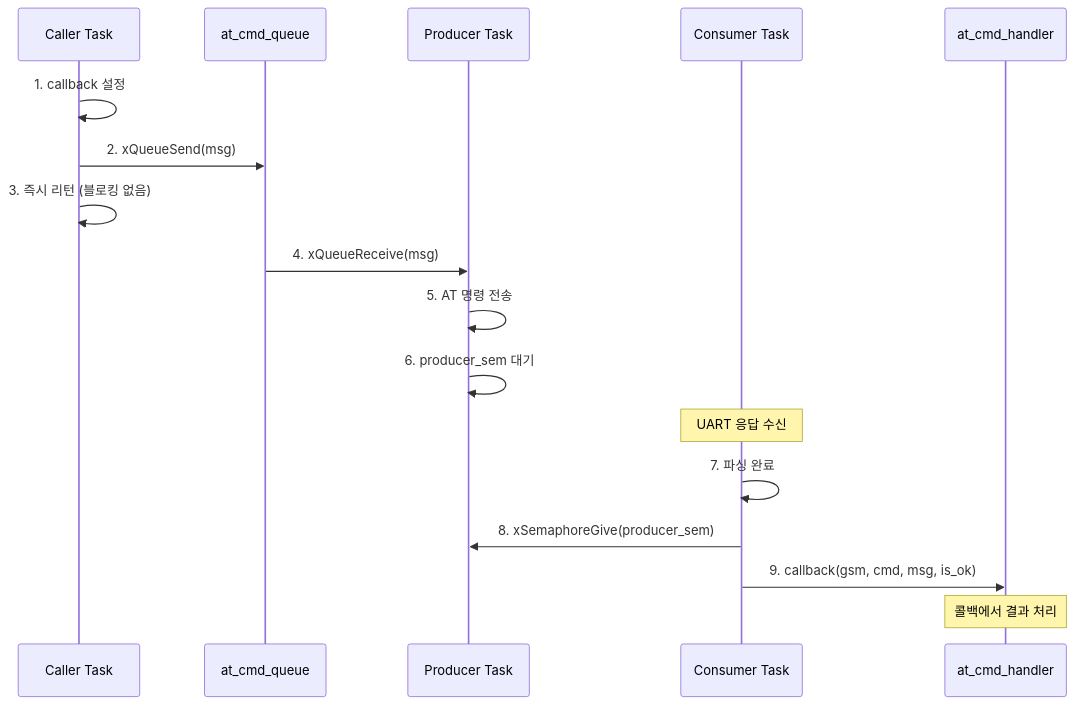
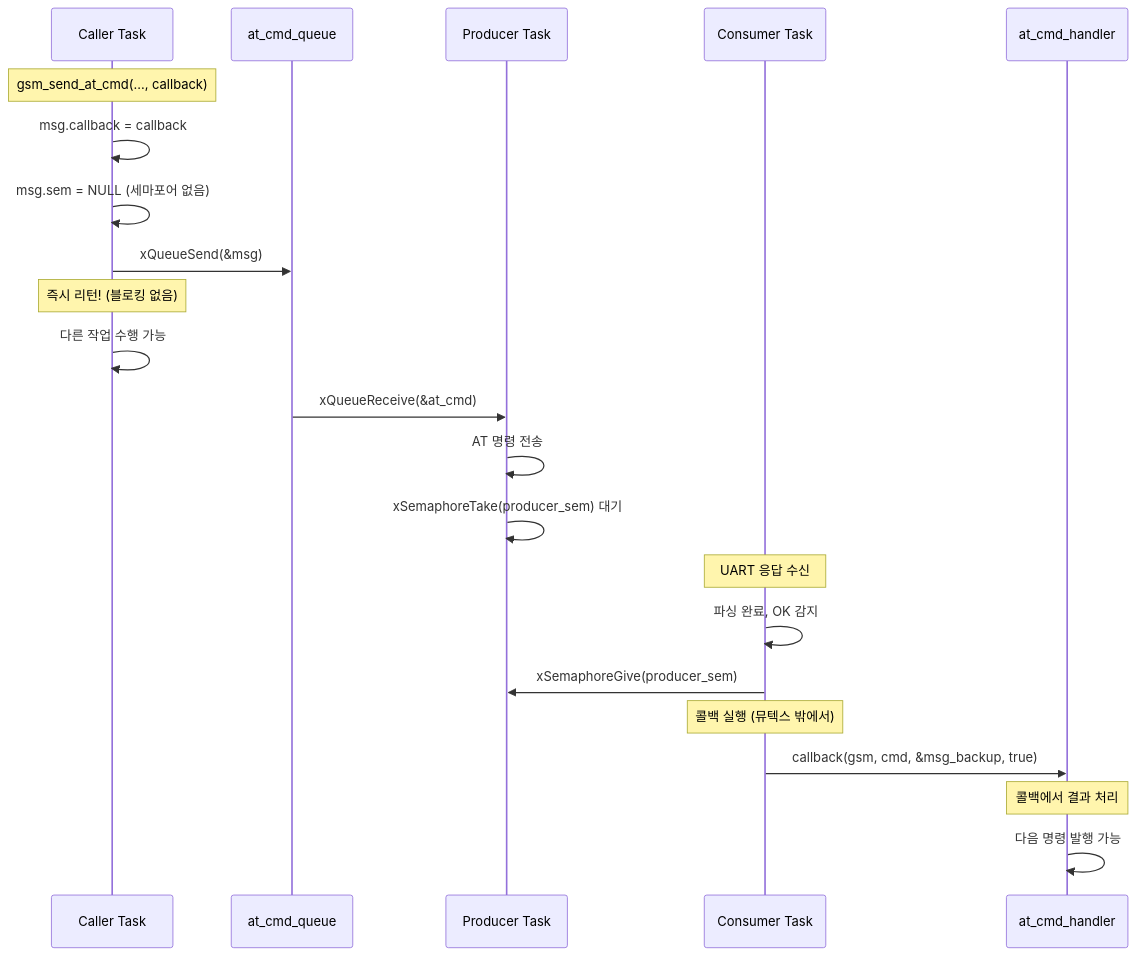
Before and after one commit to mj-kang-iotiz/my_test: the fourth of 12 diagrams in docs/GSM_LIBRARY.md, drawn with Mermaid. The commit also changed other lines of this file and 2 other files, not shown here.

First line of the commit message:
docs: GPS, GSM, LED 라이브러리 기술 문서 대폭 보강

````diff
--- a/docs/GSM_LIBRARY.md
+++ b/docs/GSM_LIBRARY.md
@@ -292,24 +307,32 @@
 ```mermaid
 sequenceDiagram
     participant CALLER as Caller Task
     participant QUEUE as at_cmd_queue
     participant PRODUCER as Producer Task
     participant CONSUMER as Consumer Task
     participant CALLBACK as at_cmd_handler
 
-    CALLER->>CALLER: 1. callback 설정
-    CALLER->>QUEUE: 2. xQueueSend(msg)
-    CALLER->>CALLER: 3. 즉시 리턴 (블로킹 없음)
+    Note over CALLER: gsm_send_at_cmd(..., callback)
 
-    QUEUE->>PRODUCER: 4. xQueueReceive(msg)
-    PRODUCER->>PRODUCER: 5. AT 명령 전송
-    PRODUCER->>PRODUCER: 6. producer_sem 대기
+    CALLER->>CALLER: msg.callback = callback
+    CALLER->>CALLER: msg.sem = NULL (세마포어 없음)
+    CALLER->>QUEUE: xQueueSend(&msg)
+
+    Note over CALLER: 즉시 리턴! (블로킹 없음)
+    CALLER->>CALLER: 다른 작업 수행 가능
+
+    QUEUE->>PRODUCER: xQueueReceive(&at_cmd)
+    PRODUCER->>PRODUCER: AT 명령 전송
+    PRODUCER->>PRODUCER: xSemaphoreTake(producer_sem) 대기
 
     Note over CONSUMER: UART 응답 수신
 
-    CONSUMER->>CONSUMER: 7. 파싱 완료
-    CONSUMER->>PRODUCER: 8. xSemaphoreGive(producer_sem)
-    CONSUMER->>CALLBACK: 9. callback(gsm, cmd, msg, is_ok)
+    CONSUMER->>CONSUMER: 파싱 완료, OK 감지
+    CONSUMER->>PRODUCER: xSemaphoreGive(producer_sem)
+
+    Note over CONSUMER: 콜백 실행 (뮤텍스 밖에서)
+    CONSUMER->>CALLBACK: callback(gsm, cmd, &msg_backup, true)
 
     Note over CALLBACK: 콜백에서 결과 처리
+    CALLBACK->>CALLBACK: 다음 명령 발행 가능
 ```
````
